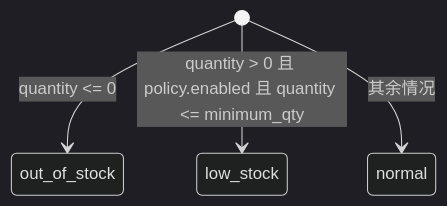
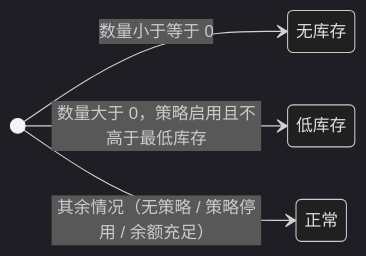
Diagram 12 of 21 in docs/websites/pages/dev-state-machines.md (Sakana-1314/Electrical-Manager), drawn with Mermaid (dark theme) before and after one commit. The commit also changed other lines of this file and 24 other files, not shown here.

Commit message:
docs: 重构文档站（部署指南 / 接口 / 系统设计 + 图表化） (#301)

````diff
--- a/docs/websites/pages/dev-state-machines.md
+++ b/docs/websites/pages/dev-state-machines.md
@@ -173,6 +200,10 @@
 ```mermaid
 stateDiagram-v2
-    [*] --> out_of_stock : quantity <= 0
-    [*] --> low_stock : quantity > 0 且 policy.enabled 且 quantity <= minimum_qty
-    [*] --> normal : 其余情况
+    direction LR
+    state "无库存" as S1
+    state "低库存" as S2
+    state "正常" as S3
+    [*] --> S1 : 数量小于等于 0
+    [*] --> S2 : 数量大于 0，策略启用且不高于最低库存
+    [*] --> S3 : 其余情况（无策略 / 策略停用 / 余额充足）
 ```
````
